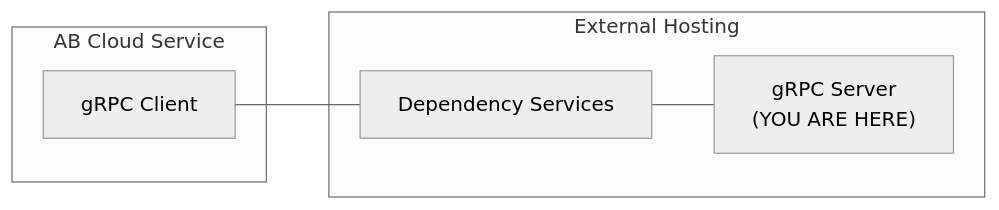
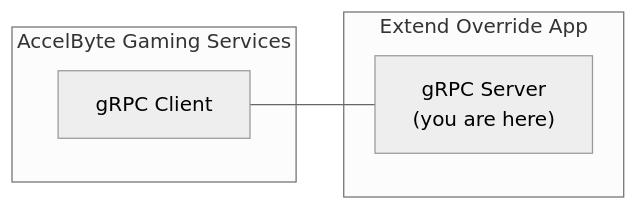
The diagram in README.md (AccelByte/matchmaking-function-grpc-plugin-server-csharp), drawn with Mermaid (neutral theme) before and after one commit. The commit also changed other lines of this file, not shown here.

````diff
--- a/README.md
+++ b/README.md
@@ -3,12 +3,10 @@
 ```mermaid
 flowchart LR
-   subgraph AB Cloud Service
+   subgraph AccelByte Gaming Services
    CL[gRPC Client]
    end
-   subgraph External Hosting
-   SV["gRPC Server\n(YOU ARE HERE)"]
-   DS[Dependency Services]
-   CL --- DS
+   subgraph Extend Override App
+   SV["gRPC Server\n(you are here)"]
    end
-   DS --- SV
+   CL --- SV
 ```
````
